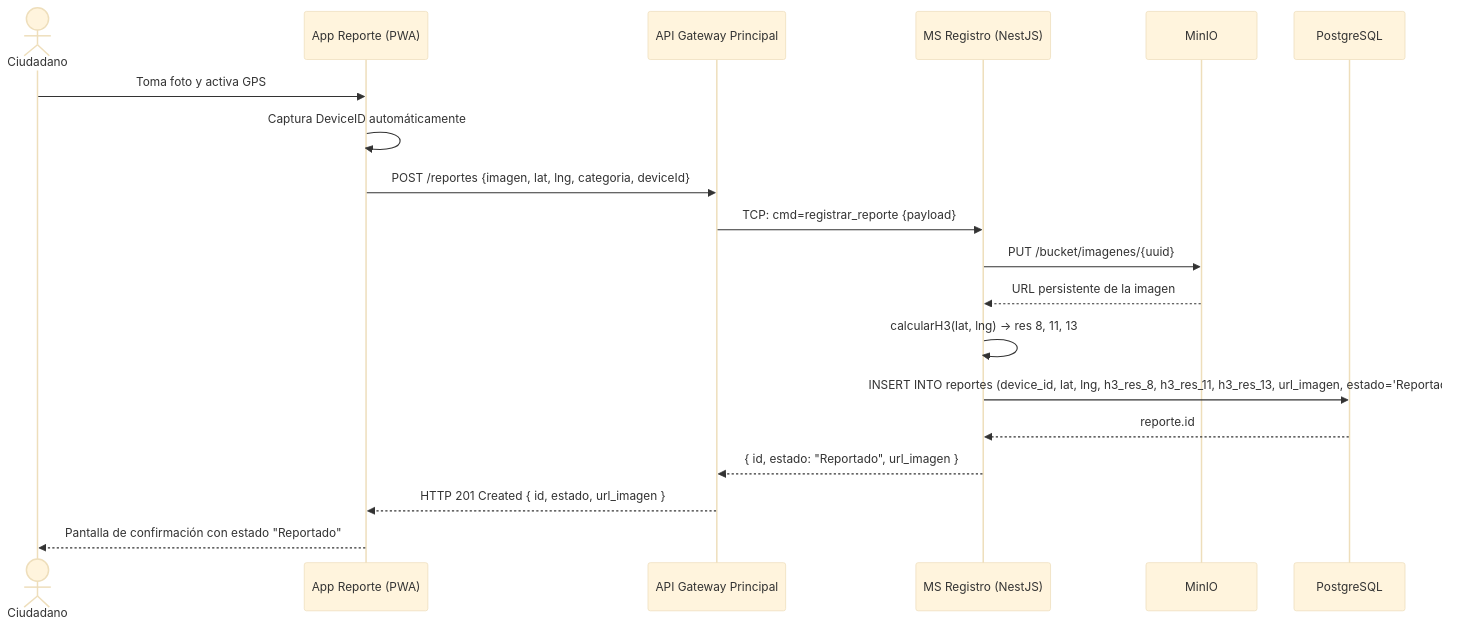
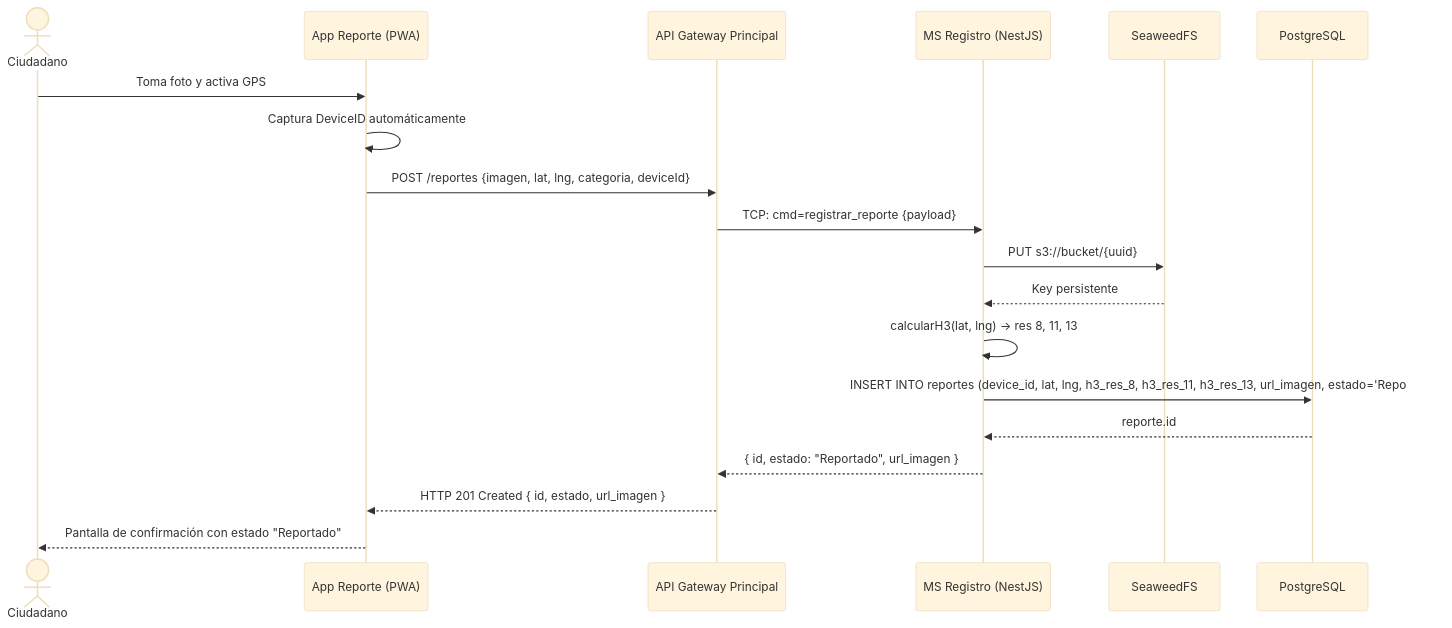
One commit to jhoel0521/Ojo-Camba changed the fourth of 5 diagrams in docs/diagramas_uml.md. Above: the diagram before and after it, drawn with Mermaid (base theme). The commit also changed other lines of this file and 17 other files, not shown here.

Commit message:
feat: migrar de MinIO a SeaweedFS y servir imágenes a través del gateway

````diff
--- a/docs/diagramas_uml.md
+++ b/docs/diagramas_uml.md
@@ -216,26 +216,26 @@
 ```mermaid
 sequenceDiagram
     actor Ciudadano
     participant App as App Reporte (PWA)
     participant GW as API Gateway Principal
     participant MS as MS Registro (NestJS)
-    participant MinIO
+    participant SeaweedFS
     participant DB as PostgreSQL
 
     Ciudadano->>App: Toma foto y activa GPS
     App->>App: Captura DeviceID automáticamente
     App->>GW: POST /reportes {imagen, lat, lng, categoria, deviceId}
     GW->>MS: TCP: cmd=registrar_reporte {payload}
 
-    MS->>MinIO: PUT /bucket/imagenes/{uuid}
-    MinIO-->>MS: URL persistente de la imagen
+    MS->>SeaweedFS: PUT s3://bucket/{uuid}
+    SeaweedFS-->>MS: Key persistente
 
     MS->>MS: calcularH3(lat, lng) → res 8, 11, 13
 
     MS->>DB: INSERT INTO reportes (device_id, lat, lng, h3_res_8, h3_res_11, h3_res_13, url_imagen, estado='Reportado')
     DB-->>MS: reporte.id
 
     MS-->>GW: { id, estado: "Reportado", url_imagen }
     GW-->>App: HTTP 201 Created { id, estado, url_imagen }
     App-->>Ciudadano: Pantalla de confirmación con estado "Reportado"
 ```
````
